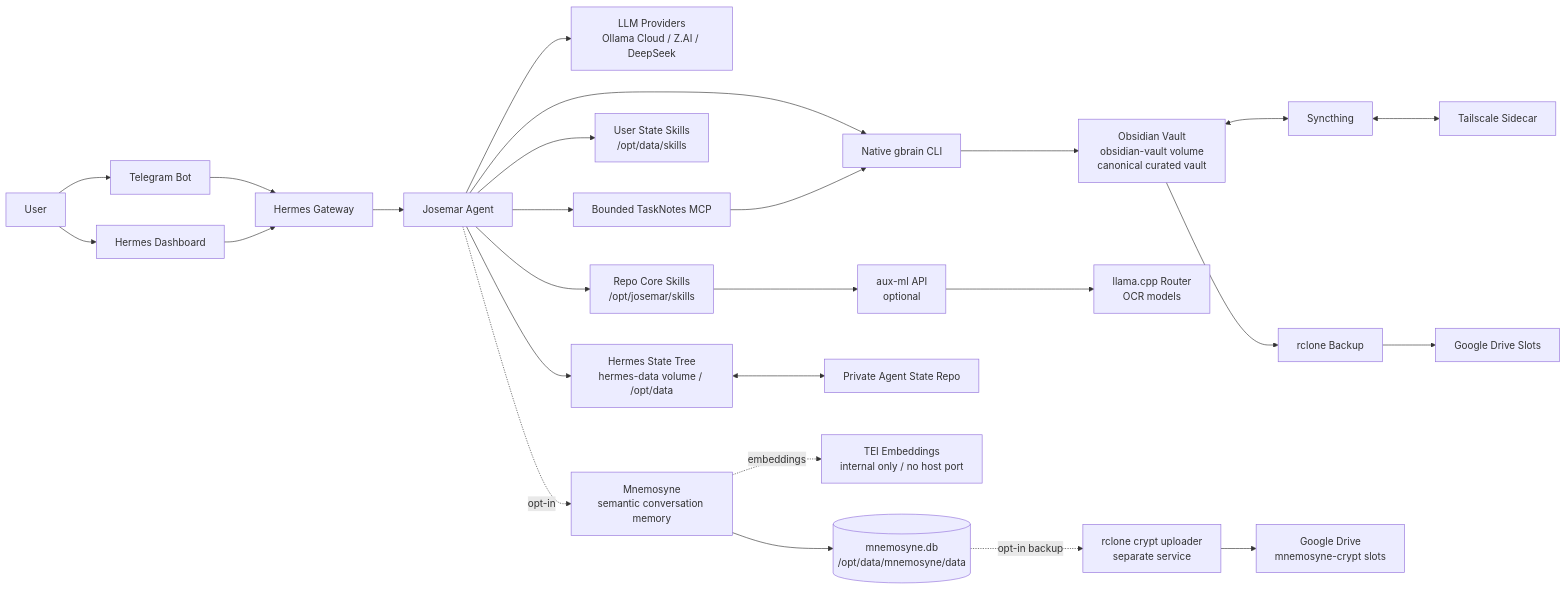
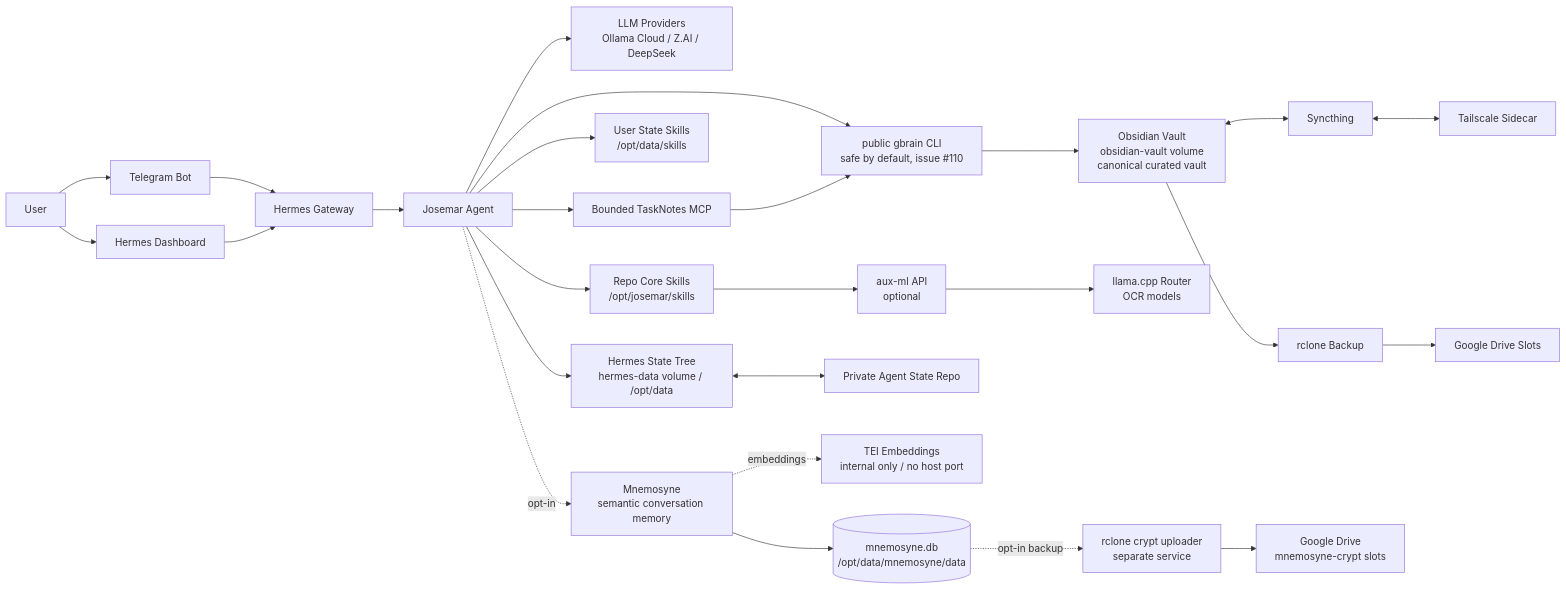
One commit to Pedrohgv/josemar-assistente changed the first of 5 diagrams in README.md. Above: the diagram before and after it, drawn with Mermaid. The commit also changed other lines of this file and 28 other files, not shown here.

Commit message:
fix(gbrain): serialize public vault access

````diff
--- a/README.md
+++ b/README.md
@@ -31,34 +31,34 @@
 ```mermaid
 flowchart LR
   User[User] --> Telegram[Telegram Bot]
   User --> Dashboard[Hermes Dashboard]
 
   Telegram --> Gateway[Hermes Gateway]
   Dashboard --> Gateway
 
   Gateway --> Agent[Josemar Agent]
   Agent --> Models[LLM Providers<br/>Ollama Cloud / Z.AI / DeepSeek]
   Agent --> CoreSkills[Repo Core Skills<br/>/opt/josemar/skills]
   Agent --> StateSkills[User State Skills<br/>/opt/data/skills]
-  Agent --> GBrain[Native gbrain CLI]
+  Agent --> GBrain[public gbrain CLI<br/>safe by default, issue #110]
   Agent --> TaskNotes[Bounded TaskNotes MCP]
   TaskNotes --> GBrain
   GBrain --> Vault[Obsidian Vault<br/>obsidian-vault volume<br/>canonical curated vault]
 
   CoreSkills --> AuxML[aux-ml API<br/>optional]
   AuxML --> Llama[llama.cpp Router<br/>OCR models]
 
   Agent --> StateTree[Hermes State Tree<br/>hermes-data volume / /opt/data]
   StateTree <--> StateRepo[Private Agent State Repo]
   Vault <--> Syncthing[Syncthing]
   Syncthing <--> Tailscale[Tailscale Sidecar]
   Vault --> Backup[rclone Backup]
   Backup --> GDrive[Google Drive Slots]
 
   %% Opt-in Mnemosyne layer (separate from the curated vault)
   Agent -. opt-in .-> Mnemosyne[Mnemosyne<br/>semantic conversation memory]
   Mnemosyne -. embeddings .-> TEI[TEI Embeddings<br/>internal only / no host port]
   Mnemosyne --> MnemoStore[(mnemosyne.db<br/>/opt/data/mnemosyne/data)]
   MnemoStore -. opt-in backup .-> MnemoBackup[rclone crypt uploader<br/>separate service]
   MnemoBackup --> MnemoGDrive[Google Drive<br/>mnemosyne-crypt slots]
 ```
````
